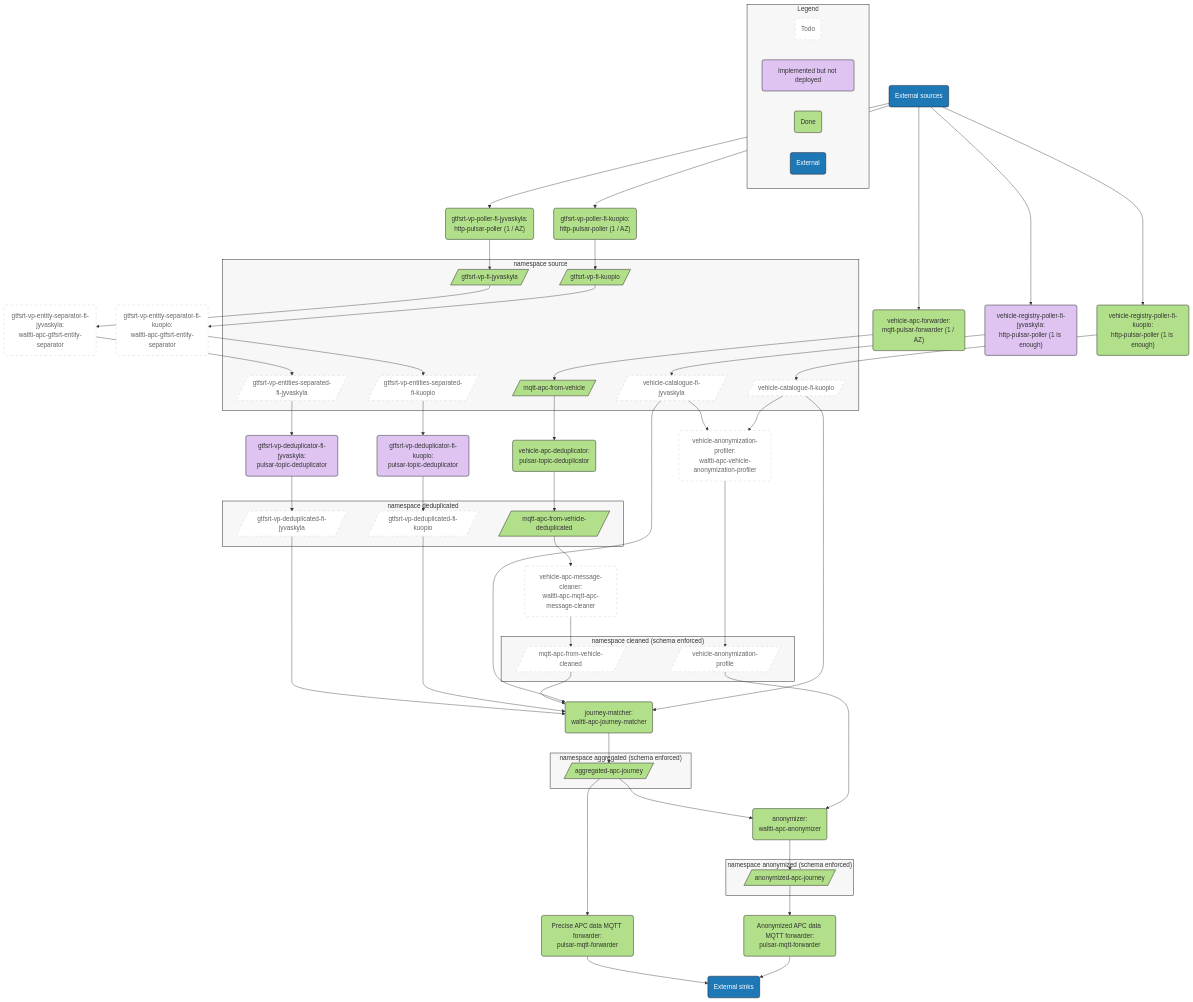
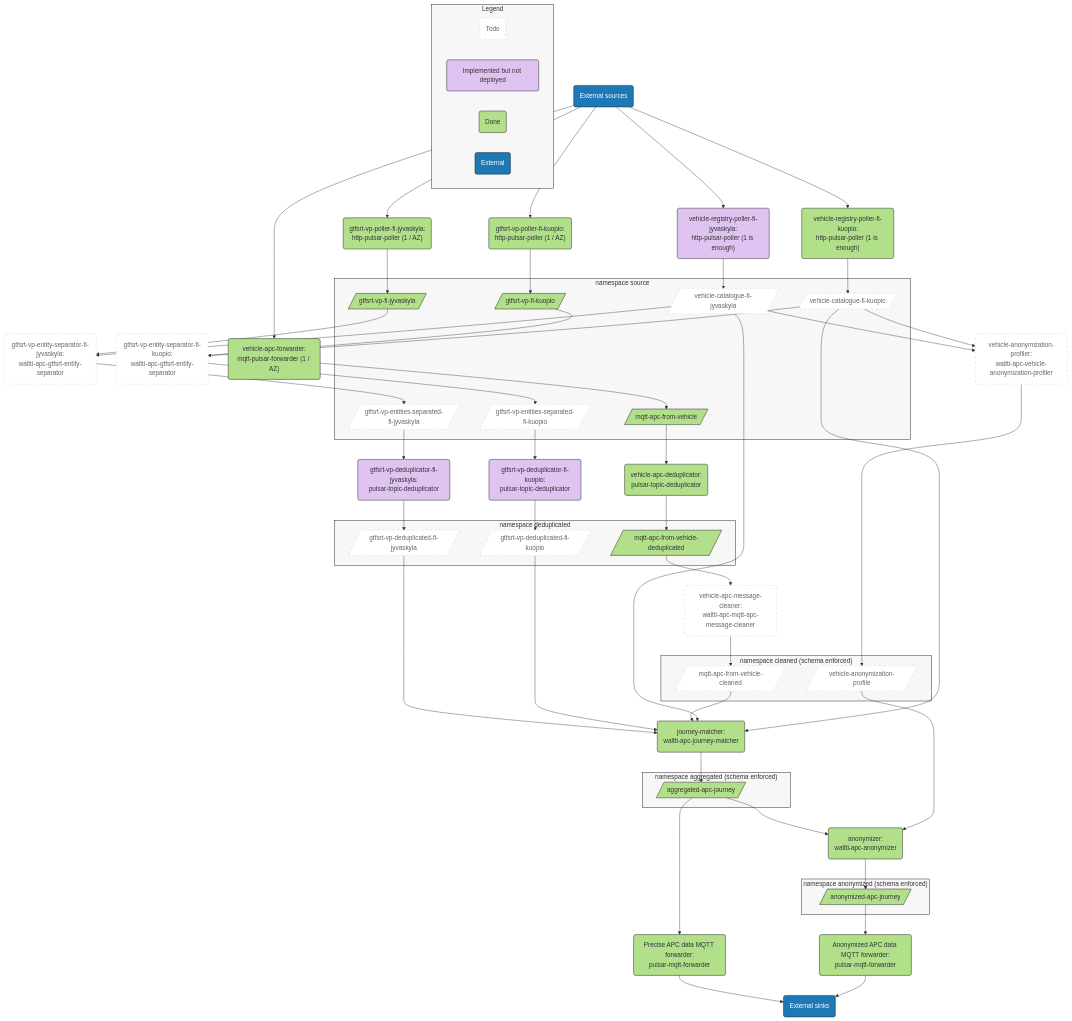
One commit to tvv-lippu-ja-maksujarjestelma-oy/waltti-apc changed the second of 2 diagrams in README.md. Above: the diagram before and after it, drawn with Mermaid.

Commit message:
docs: Update diagram according to #57

```diff
--- a/README.md
+++ b/README.md
@@ -186,9 +186,11 @@
   pulsarmqttforwardertortpioutput --> externalsinks
   vehicleanonymizationprofile --> anonymizer
   vehicleanonymizationprofiler --> vehicleanonymizationprofile
+  vehicledetailsfijyvaskyla --> gtfsrtentityseparatorfijyvaskyla
   vehicledetailsfijyvaskyla --> matcher
+  vehicledetailsfijyvaskyla --> vehicleanonymizationprofiler
+  vehicledetailsfikuopio --> gtfsrtentityseparatorfikuopio
   vehicledetailsfikuopio --> matcher
-  vehicledetailsfijyvaskyla --> vehicleanonymizationprofiler
   vehicledetailsfikuopio --> vehicleanonymizationprofiler
   vehicleregistrypollerfijyvaskyla --> vehicledetailsfijyvaskyla
   vehicleregistrypollerfikuopio --> vehicledetailsfikuopio
```
